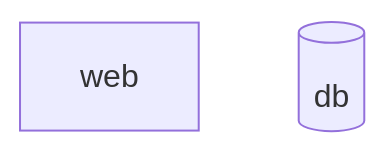
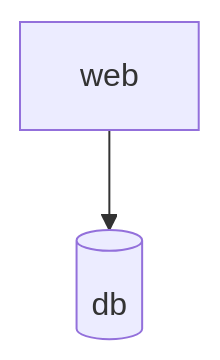
One commit to janhalen/os2-autodoc-template changed the diagram in output.md. Above: the diagram before and after it, drawn with Mermaid.

````diff
--- a/output.md
+++ b/output.md
@@ -1,7 +1,6 @@
 ```mermaid
 %%{init: {'theme': 'default'}}%%
 flowchart TB
-  web
-  db[(db)]
+  web --> db[(db)]
 
 ```
````
